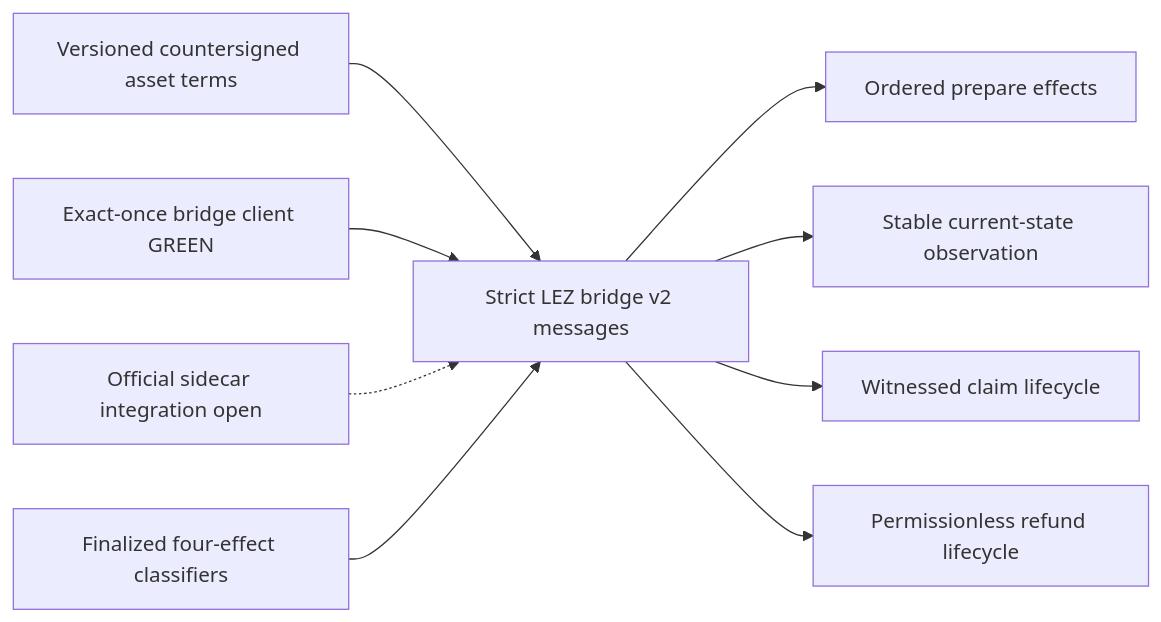
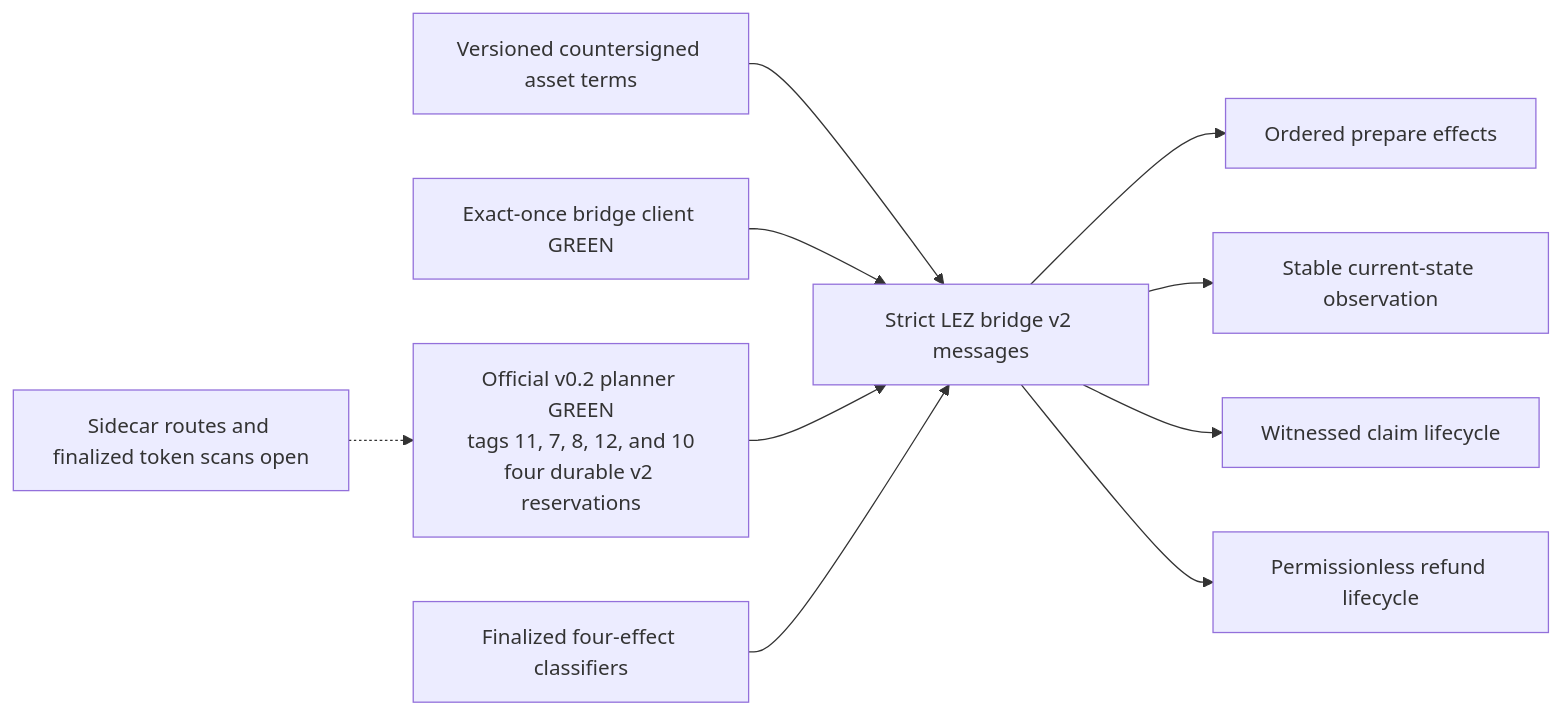
Before and after one commit to gateway-fm/lez-atomic-swaps: the third of 3 diagrams in docs/architecture/0042-bind-witnessed-token-claims-to-exact-atas.md, drawn with Mermaid. The commit also changed other lines of this file and 14 other files, not shown here.

Commit message:
feat: prepare durable F7 token effects

````diff
--- a/docs/architecture/0042-bind-witnessed-token-claims-to-exact-atas.md
+++ b/docs/architecture/0042-bind-witnessed-token-claims-to-exact-atas.md
@@ -197,11 +197,12 @@
 ```mermaid
 flowchart LR
     Terms["Versioned countersigned asset terms"] --> Wire["Strict LEZ bridge v2 messages"]
     Wire --> Prepare["Ordered prepare effects"]
     Wire --> Current["Stable current-state observation"]
     Wire --> Claim["Witnessed claim lifecycle"]
     Wire --> Refund["Permissionless refund lifecycle"]
     Client["Exact-once bridge client GREEN"] --> Wire
-    Sidecar["Official sidecar integration open"] -.-> Wire
+    Sidecar["Official v0.2 planner GREEN<br/>tags 11, 7, 8, 12, and 10<br/>four durable v2 reservations"] --> Wire
+    Routes["Sidecar routes and finalized token scans open"] -.-> Sidecar
     Finality["Finalized four-effect classifiers"] --> Wire
 ```
````
